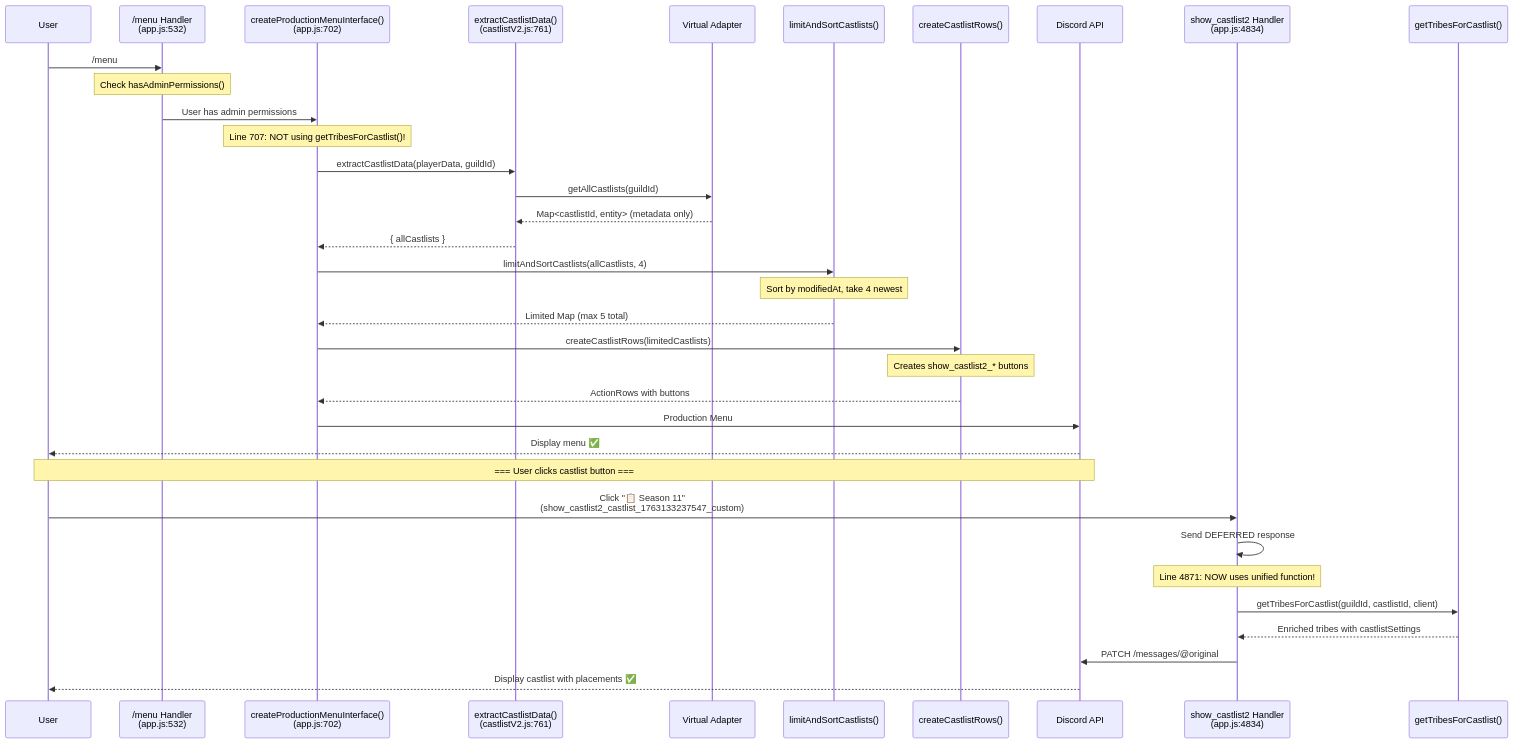
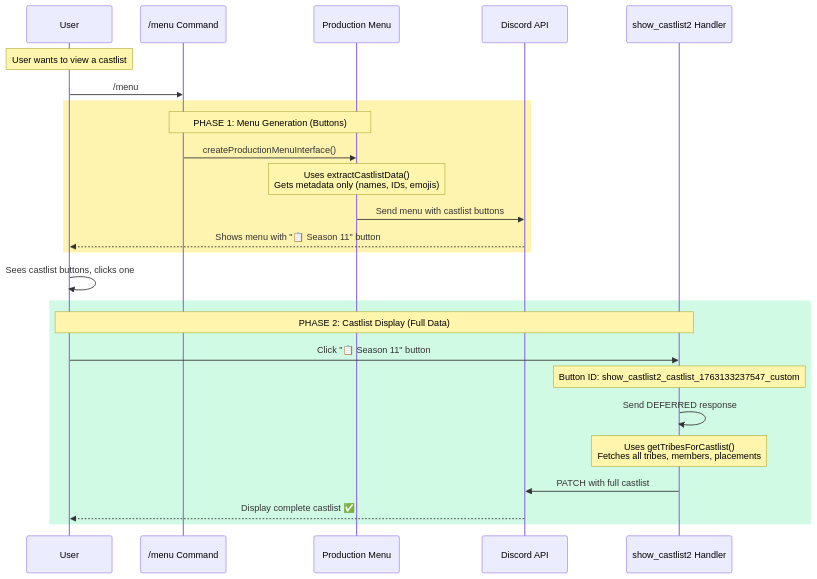
Before and after one commit to extremedonkey/castbot: the fourth of 8 diagrams in RaP/0978_20251115_CastlistArchitecture_AuditReport.md, drawn with Mermaid. The commit also changed other lines of this file, not shown here.

Commit message:
Fix RaP 0978: Correct fundamental misunderstanding - menu generation vs castlist display are separate operations. ALL display operations use getTribesForCastlist (100% unified). Only documentation needs fixing, architecture is perfect.

````diff
--- a/RaP/0978_20251115_CastlistArchitecture_AuditReport.md
+++ b/RaP/0978_20251115_CastlistArchitecture_AuditReport.md
@@ -327,48 +329,32 @@
 ```mermaid
 sequenceDiagram
     participant User
-    participant MenuCmd as /menu Handler<br/>(app.js:532)
-    participant ProdMenu as createProductionMenuInterface()<br/>(app.js:702)
-    participant Extract as extractCastlistData()<br/>(castlistV2.js:761)
-    participant VA as Virtual Adapter
-    participant Limit as limitAndSortCastlists()
-    participant Rows as createCastlistRows()
+    participant MenuCmd as /menu Command
+    participant ProdMenu as Production Menu
     participant Discord as Discord API
-    participant ShowBtn as show_castlist2 Handler<br/>(app.js:4834)
-    participant Unified as getTribesForCastlist()
+    participant ShowBtn as show_castlist2 Handler
+
+    Note over User: User wants to view a castlist
 
     User->>MenuCmd: /menu
 
-    Note over MenuCmd: Check hasAdminPermissions()
-    MenuCmd->>ProdMenu: User has admin permissions
+    rect rgb(255, 243, 176)
+        Note over MenuCmd,ProdMenu: PHASE 1: Menu Generation (Buttons)
+        MenuCmd->>ProdMenu: createProductionMenuInterface()
+        Note over ProdMenu: Uses extractCastlistData()<br/>Gets metadata only (names, IDs, emojis)
+        ProdMenu->>Discord: Send menu with castlist buttons
+        Discord-->>User: Shows menu with "📋 Season 11" button
+    end
 
-    Note over ProdMenu: Line 707: NOT using getTribesForCastlist()!
-    ProdMenu->>Extract: extractCastlistData(playerData, guildId)
-    Extract->>VA: getAllCastlists(guildId)
-    VA-->>Extract: Map<castlistId, entity> (metadata only)
-    Extract-->>ProdMenu: { allCastlists }
+    User->>User: Sees castlist buttons, clicks one
 
-    ProdMenu->>Limit: limitAndSortCastlists(allCastlists, 4)
-    Note over Limit: Sort by modifiedAt, take 4 newest
-    Limit-->>ProdMenu: Limited Map (max 5 total)
-
-    ProdMenu->>Rows: createCastlistRows(limitedCastlists)
-    Note over Rows: Creates show_castlist2_* buttons
-    Rows-->>ProdMenu: ActionRows with buttons
-
-    ProdMenu->>Discord: Production Menu
-    Discord-->>User: Display menu ✅
-
-    Note over User,Discord: === User clicks castlist button ===
-
-    User->>ShowBtn: Click "📋 Season 11"<br/>(show_castlist2_castlist_1763133237547_custom)
-
-    ShowBtn->>ShowBtn: Send DEFERRED response
-
-    Note over ShowBtn: Line 4871: NOW uses unified function!
-    ShowBtn->>Unified: getTribesForCastlist(guildId, castlistId, client)
-    Unified-->>ShowBtn: Enriched tribes with castlistSettings
-
-    ShowBtn->>Discord: PATCH /messages/@original
-    Discord-->>User: Display castlist with placements ✅
+    rect rgb(209, 250, 229)
+        Note over User,ShowBtn: PHASE 2: Castlist Display (Full Data)
+        User->>ShowBtn: Click "📋 Season 11" button
+        Note over ShowBtn: Button ID: show_castlist2_castlist_1763133237547_custom
+        ShowBtn->>ShowBtn: Send DEFERRED response
+        Note over ShowBtn: Uses getTribesForCastlist()<br/>Fetches all tribes, members, placements
+        ShowBtn->>Discord: PATCH with full castlist
+        Discord-->>User: Display complete castlist ✅
+    end
 ```
````
